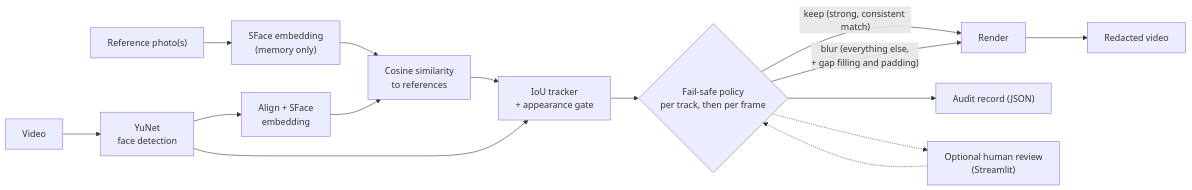
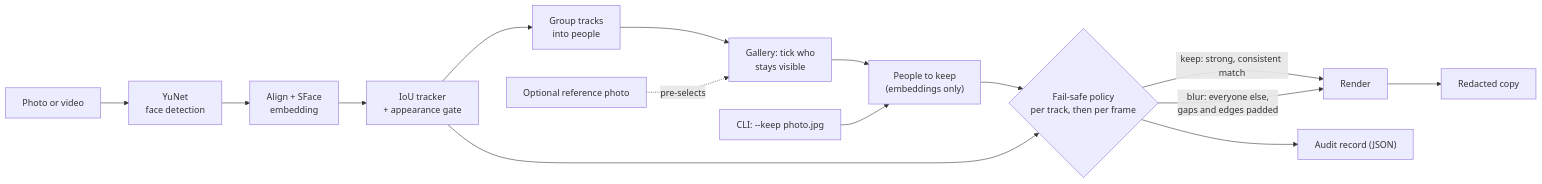
One commit to gcfialho/lgpd-face-redactor changed the diagram in README.md. Above: the diagram before and after it, drawn with Mermaid. The commit also changed other lines of this file, not shown here.

````diff
--- a/README.md
+++ b/README.md
@@ -63,16 +77,17 @@
 ```mermaid
 flowchart LR
-    ref["Reference photo(s)"] --> emb0["SFace embedding<br/>(memory only)"]
-    video["Video"] --> det["YuNet<br/>face detection"]
+    video["Photo or video"] --> det["YuNet<br/>face detection"]
     det --> emb["Align + SFace<br/>embedding"]
-    emb0 --> sim["Cosine similarity<br/>to references"]
-    emb --> sim
-    det --> trk["IoU tracker<br/>+ appearance gate"]
-    sim --> trk
-    trk --> pol{"Fail-safe policy<br/>per track, then per frame"}
-    pol -->|"keep (strong, consistent match)"| render
-    pol -->|"blur (everything else,<br/>+ gap filling and padding)"| render["Render"]
-    render --> out["Redacted video"]
+    emb --> trk["IoU tracker<br/>+ appearance gate"]
+    trk --> people["Group tracks<br/>into people"]
+    people --> gallery["Gallery: tick who<br/>stays visible"]
+    ref["Optional reference photo"] -.->|pre-selects| gallery
+    gallery --> keep["People to keep<br/>(embeddings only)"]
+    cli["CLI: --keep photo.jpg"] --> keep
+    keep --> pol{"Fail-safe policy<br/>per track, then per frame"}
+    trk --> pol
+    pol -->|"keep: strong, consistent match"| render["Render"]
+    pol -->|"blur: everyone else,<br/>gaps and edges padded"| render
+    render --> out["Redacted copy"]
     pol --> audit["Audit record (JSON)"]
-    pol -.-> review["Optional human review<br/>(Streamlit)"] -.-> pol
 ```
````
